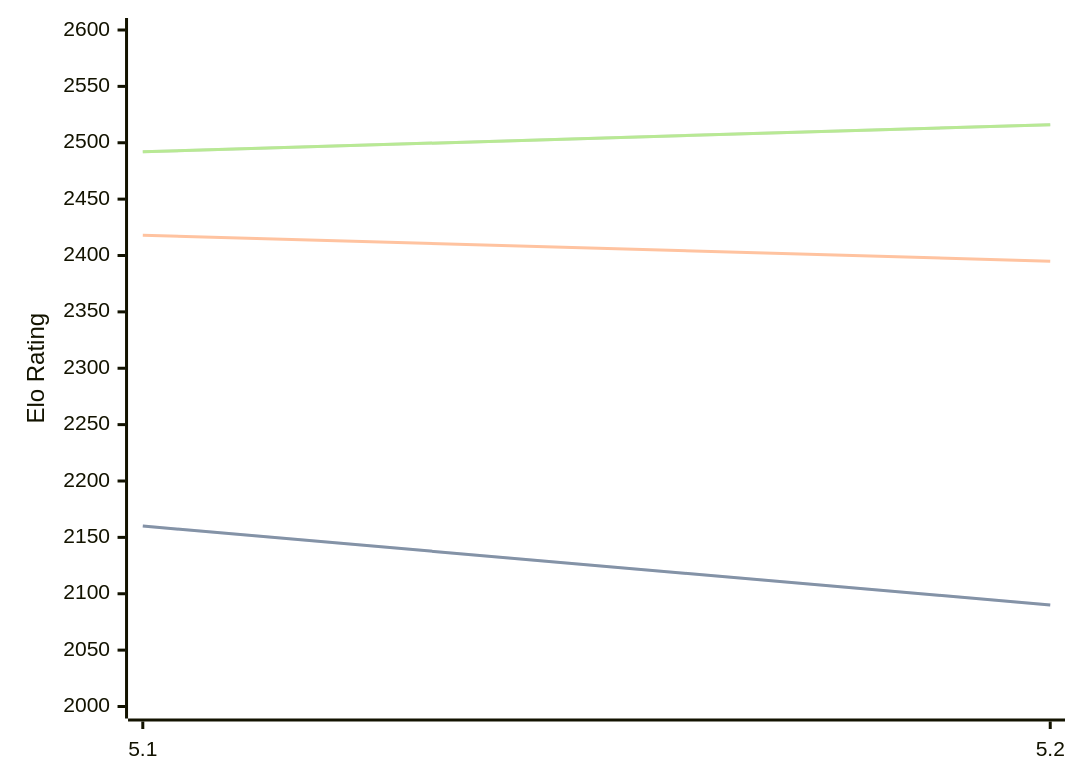
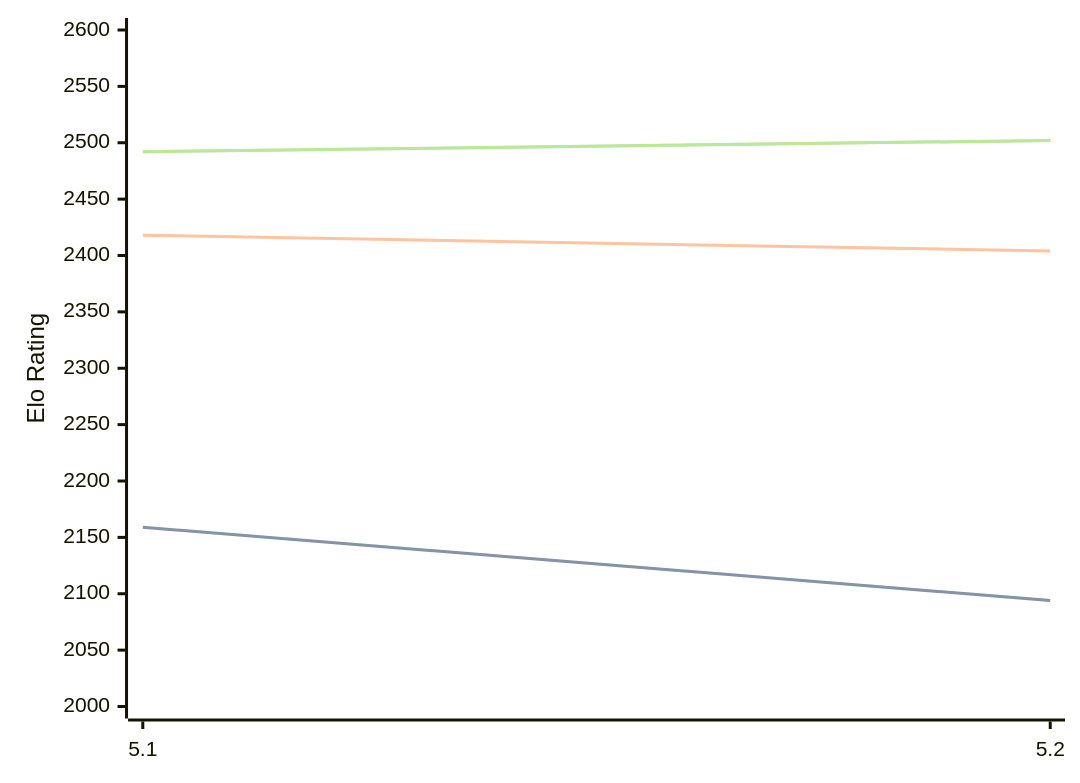
Before and after one commit to computer-chess-index/cci: the diagram in engines/Prophet.md, drawn with Mermaid. The commit also changed other lines of this file, not shown here.

Commit message:
Update CCI Ratings (ELO VLTC) - 2026-05-22

````diff
--- a/engines/Prophet.md
+++ b/engines/Prophet.md
@@ -38,11 +38,11 @@
 ```mermaid
 %%{init: {"theme":"base","themeVariables":{"seriesColors:['#a3a3a3','#222221','#faa371']}}}%%
 xychart-beta
   x-axis ["5.1", "5.2"]
   y-axis "Elo Rating" 2000 --> 2600
-  line "STC (8.0+0.08s)" [2160, 2090]
-  line "STC (8.0+0.08s)" [2160, 2090]
-  line "LTC (60.0+0.60s)" [2418, 2395]
-  line "VLTC (2m24s+1.12s)" [2492, 2516]
-  line "VLTC (2m24s+1.12s)" [2492, 2516]
+  line "STC (8.0+0.08s)" [2159, 2094]
+  line "STC (8.0+0.08s)" [2159, 2094]
+  line "LTC (60.0+0.60s)" [2418, 2404]
+  line "VLTC (2m24s+1.12s)" [2492, 2502]
+  line "VLTC (2m24s+1.12s)" [2492, 2502]
 ```
````
